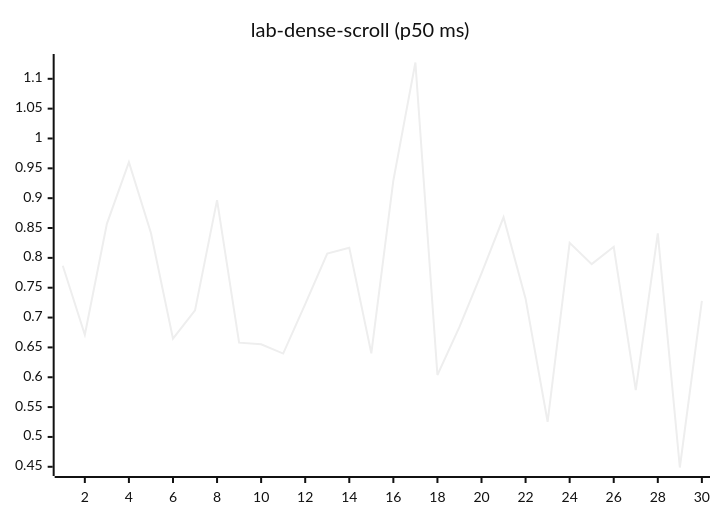
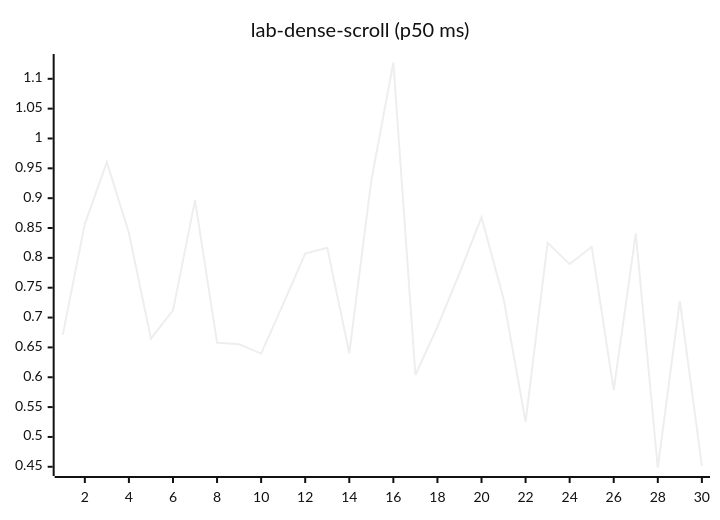
Diagram 12 of 27 in README.md (josha/Facet), drawn with Mermaid (neutral theme) before and after one commit. The commit also changed other lines of this file and 2 other files, not shown here.

````diff
--- a/README.md
+++ b/README.md
@@ -140,6 +140,6 @@
 ```mermaid
 xychart-beta
     title "lab-dense-scroll (p50 ms)"
     x-axis 1 --> 30
-    line [0.7869, 0.6713, 0.8570, 0.9604, 0.8416, 0.6647, 0.7120, 0.8968, 0.6580, 0.6552, 0.6397, 0.7226, 0.8071, 0.8171, 0.6401, 0.9297, 1.1273, 0.6038, 0.6843, 0.7739, 0.8680, 0.7317, 0.5254, 0.8252, 0.7895, 0.8186, 0.5785, 0.8409, 0.4488, 0.7278]
+    line [0.6713, 0.8570, 0.9604, 0.8416, 0.6647, 0.7120, 0.8968, 0.6580, 0.6552, 0.6397, 0.7226, 0.8071, 0.8171, 0.6401, 0.9297, 1.1273, 0.6038, 0.6843, 0.7739, 0.8680, 0.7317, 0.5254, 0.8252, 0.7895, 0.8186, 0.5785, 0.8409, 0.4488, 0.7278, 0.4517]
 ```
````
